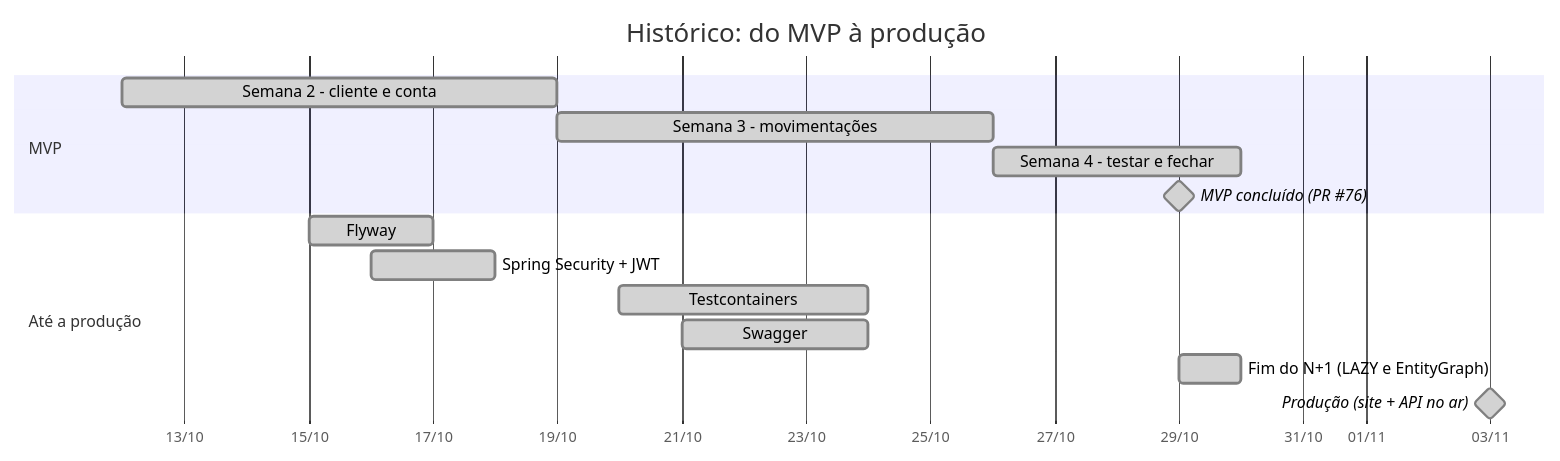
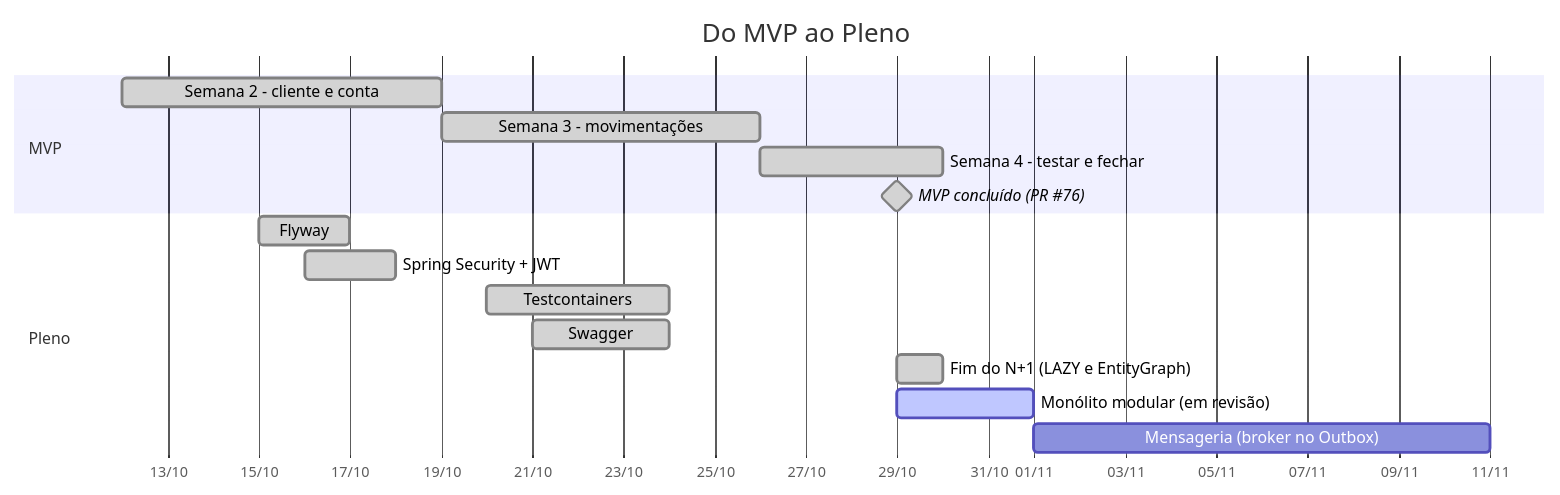
Before and after one commit to k3vinrich4rd/k3vinrich4rd: diagram 19 of 23 in README.md, drawn with Mermaid. The commit also changed other lines of this file and 6 other files, not shown here.

````diff
--- a/README.md
+++ b/README.md
@@ -2249,18 +2250,19 @@
 ```mermaid
 gantt
-    title Histórico: do MVP à produção
+    title Do MVP ao Pleno
     dateFormat YYYY-MM-DD
     axisFormat %d/%m
     section MVP
     Semana 2 - cliente e conta        :done,    s2, 2026-10-12, 7d
     Semana 3 - movimentações          :done,    s3, 2026-10-19, 7d
     Semana 4 - testar e fechar        :done,    s4, 2026-10-26, 4d
     MVP concluído (PR #76)            :milestone, done, m1, 2026-10-29, 0d
-    section Até a produção
+    section Pleno
     Flyway                            :done,    f1, 2026-10-15, 2d
     Spring Security + JWT             :done,    f2, 2026-10-16, 2d
     Testcontainers                    :done,    f3, 2026-10-20, 4d
     Swagger                           :done,    f6, 2026-10-21, 3d
     Fim do N+1 (LAZY e EntityGraph)   :done,    f7, 2026-10-29, 1d
-    Produção (site + API no ar)       :milestone, done, m2, 2026-11-03, 0d
+    Monólito modular (em revisão)     :active,  f8, 2026-10-29, 3d
+    Mensageria (broker no Outbox)     :         f5, after f8, 10d
 ```
````
